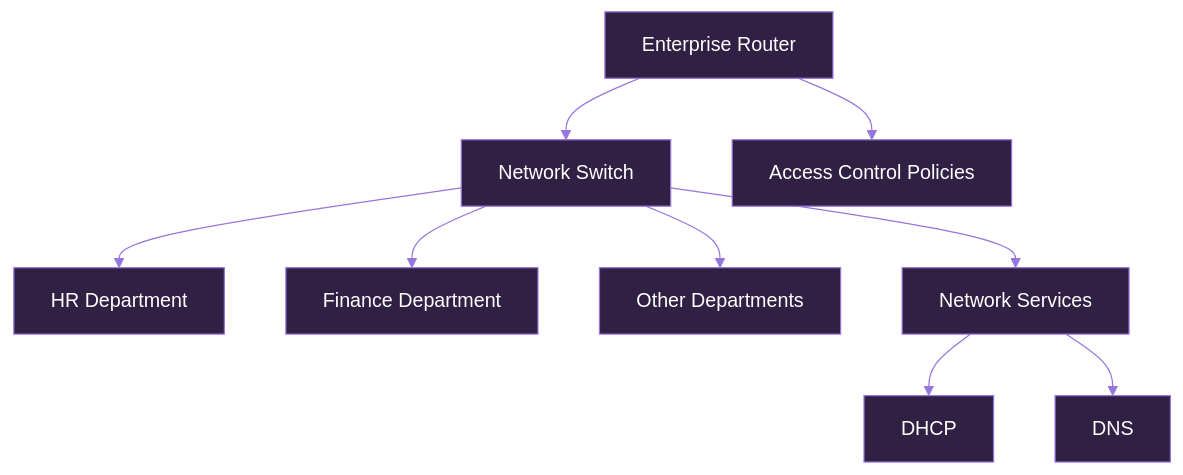
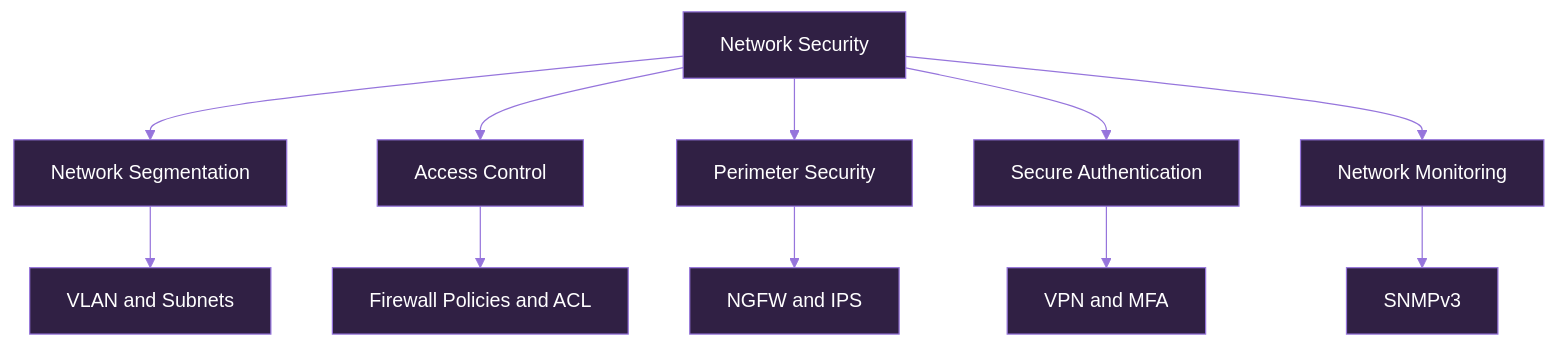
One commit to rosinss/enterprise-network-design changed the second of 3 diagrams in README.md. Above: the diagram before and after it, drawn with Mermaid. The commit also changed other lines of this file, not shown here.

Commit message:
Finalize enterprise network design portfolio documentation

````diff
--- a/README.md
+++ b/README.md
@@ -251,12 +280,15 @@
 ```mermaid
 %%{init: {'theme':'base','themeVariables':{'primaryColor':'#302044','primaryTextColor':'#FFFFFF','primaryBorderColor':'#9675DC','lineColor':'#9675DC'}}}%%
 flowchart TD
-    A[Enterprise Router] --> B[Network Switch]
-    B --> C[HR Department]
-    B --> D[Finance Department]
-    B --> E[Other Departments]
-    B --> F[Network Services]
-    F --> G[DHCP]
-    F --> H[DNS]
-    A --> I[Access Control Policies]
+    A[Network Security] --> B[Network Segmentation]
+    A --> C[Access Control]
+    A --> D[Perimeter Security]
+    A --> E[Secure Authentication]
+    A --> F[Network Monitoring]
+
+    B --> G[VLAN and Subnets]
+    C --> H[Firewall Policies and ACL]
+    D --> I[NGFW and IPS]
+    E --> J[VPN and MFA]
+    F --> K[SNMPv3]
 ```
````
